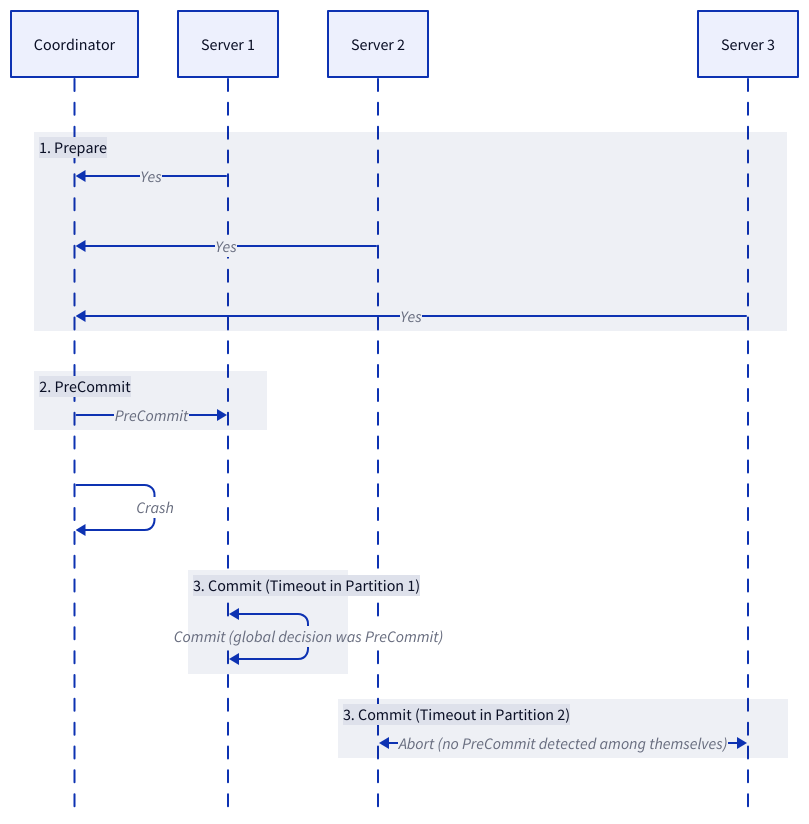
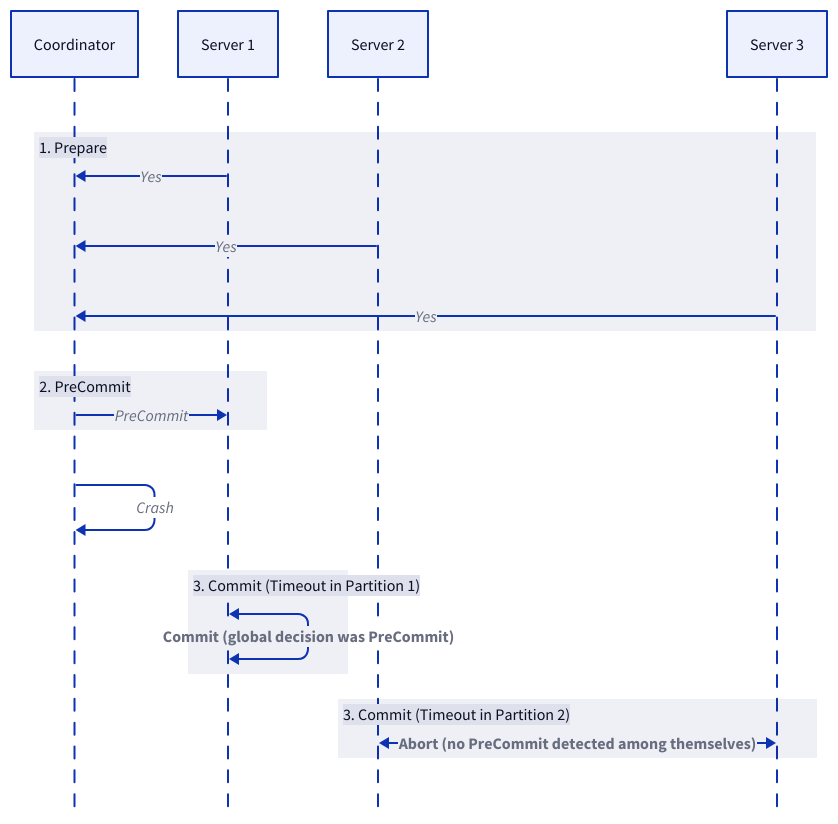
One commit to link1905/system-design-101 changed diagram 13 of 15 in content/docs/design-patterns/distributed-transaction/blocking-protocols.md. Above: the diagram before and after it, drawn with D2. The commit also changed other lines of this file and 12 other files, not shown here.

````diff
--- a/content/docs/design-patterns/distributed-transaction/blocking-protocols.md
+++ b/content/docs/design-patterns/distributed-transaction/blocking-protocols.md
@@ -497,32 +501,36 @@
 ```d2
 shape: sequence_diagram
 c: Coordinator {
     class: router
 }
 s1: Server 1 {
     class: server
 }
 s2: Server 2 {
     class: server
 }
 s3: Server 3 {
     class: server
 }
 "1. Prepare" {
     s1 -> c: "Yes"
     s2 -> c: "Yes"
     s3 -> c: "Yes"
 }
 "2. PreCommit" {
     c -> s1: "PreCommit"
 }
 c -> c: Crash {
     class: error-conn
 }
 "3. Commit (Timeout in Partition 1)" {
-    s1 <-> s1: 'Commit (global decision was PreCommit)'
+    s1 <-> s1: 'Commit (global decision was PreCommit)' {
+        style.bold: true
+    }
 }
 "3. Commit (Timeout in Partition 2)" {
-    s2 <-> s3: 'Abort (no PreCommit detected among themselves)'
+    s2 <-> s3: 'Abort (no PreCommit detected among themselves)' {
+        style.bold: true
+    }
 }
 ```
````
